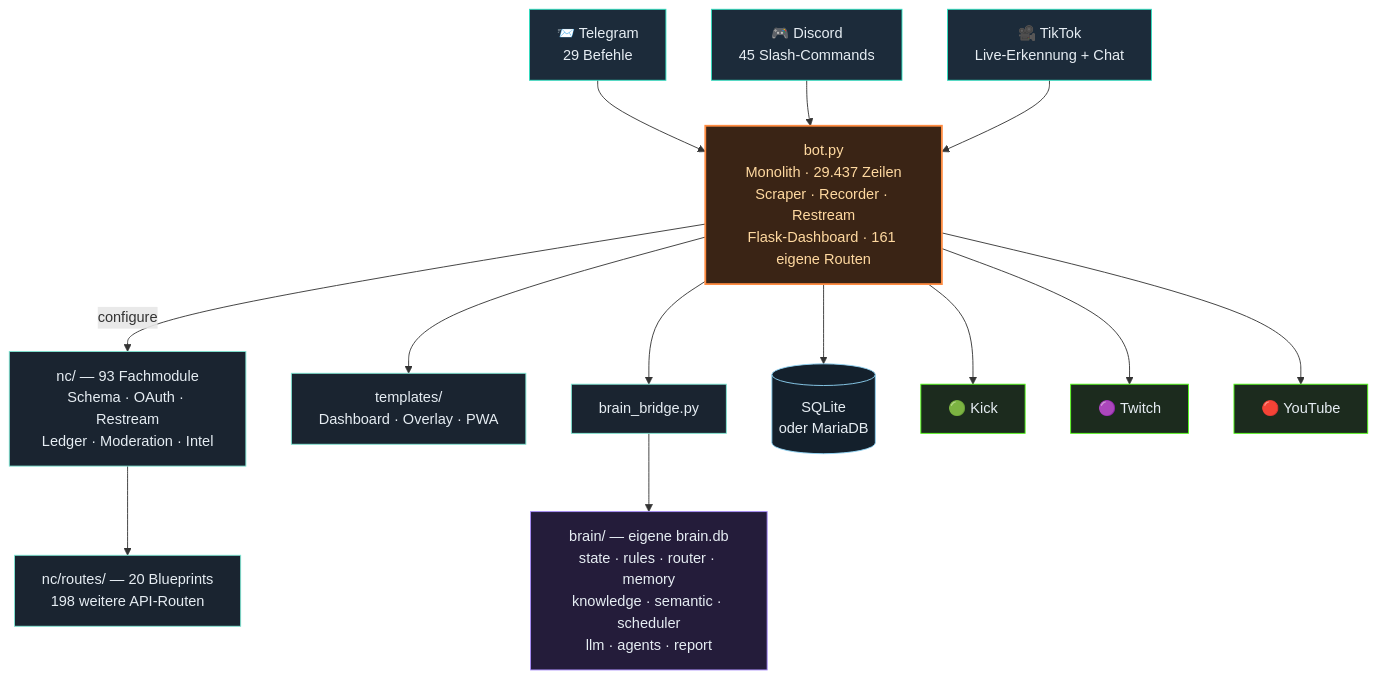
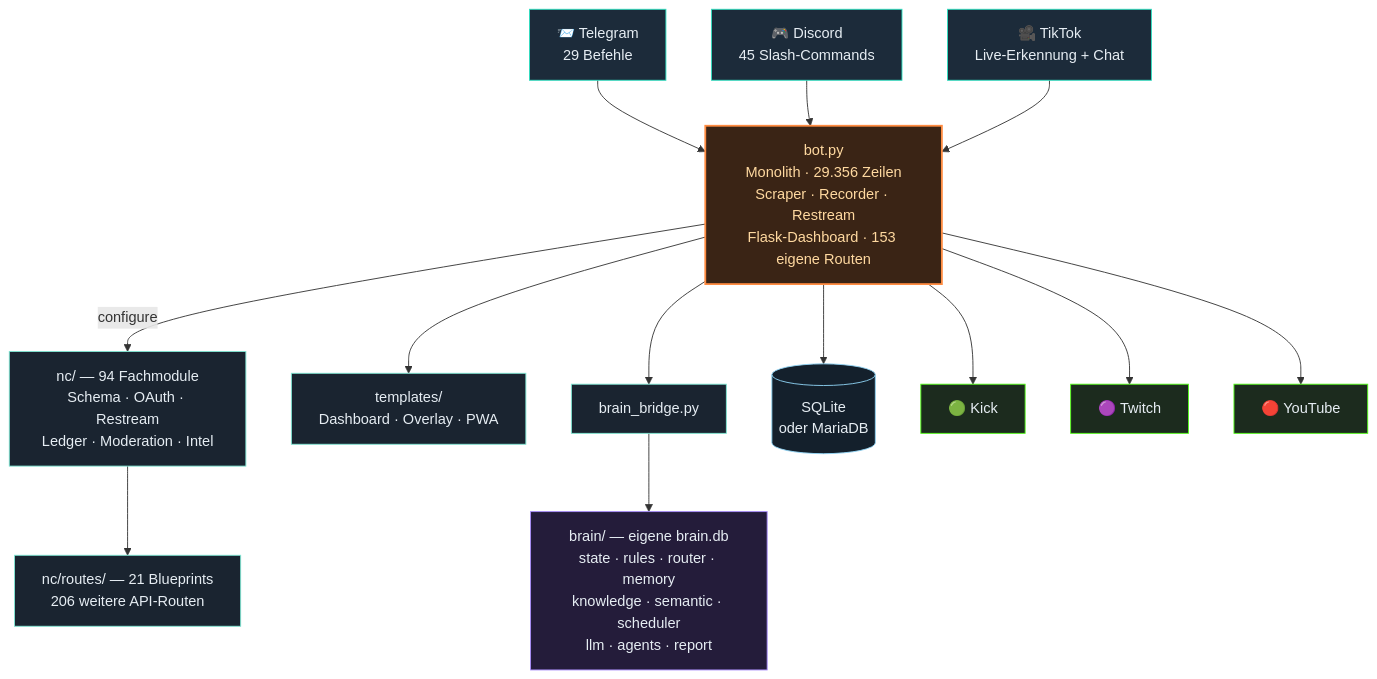
The third of 4 diagrams in README.md (itsamemedev/Telegram-Stream-Info-Bot), drawn with Mermaid before and after one commit. The commit also changed other lines of this file and 23 other files, not shown here.

````diff
--- a/README.md
+++ b/README.md
@@ -189,30 +189,30 @@
 ```mermaid
 flowchart TB
     TG["📨 Telegram<br/>29 Befehle"]:::ein
     DC["🎮 Discord<br/>45 Slash-Commands"]:::ein
     TT["🎥 TikTok<br/>Live-Erkennung + Chat"]:::ein
 
     TG --> BOT
     DC --> BOT
     TT --> BOT
 
-    BOT["bot.py<br/>Monolith · 29.437 Zeilen<br/>Scraper · Recorder · Restream<br/>Flask-Dashboard · 161 eigene Routen"]:::core
+    BOT["bot.py<br/>Monolith · 29.356 Zeilen<br/>Scraper · Recorder · Restream<br/>Flask-Dashboard · 153 eigene Routen"]:::core
 
-    BOT -->|configure| NC["nc/ — 93 Fachmodule<br/>Schema · OAuth · Restream<br/>Ledger · Moderation · Intel"]:::lib
-    NC --> RT["nc/routes/ — 20 Blueprints<br/>198 weitere API-Routen"]:::lib
+    BOT -->|configure| NC["nc/ — 94 Fachmodule<br/>Schema · OAuth · Restream<br/>Ledger · Moderation · Intel"]:::lib
+    NC --> RT["nc/routes/ — 21 Blueprints<br/>206 weitere API-Routen"]:::lib
     BOT --> TPL["templates/<br/>Dashboard · Overlay · PWA"]:::lib
     BOT --> BR["brain_bridge.py"]:::lib
     BR --> BRAIN["brain/ — eigene brain.db<br/>state · rules · router · memory<br/>knowledge · semantic · scheduler<br/>llm · agents · report"]:::brain
     BOT --> DB[("SQLite<br/>oder MariaDB")]:::db
 
     BOT --> KICK["🟢 Kick"]:::out
     BOT --> TW["🟣 Twitch"]:::out
     BOT --> YT["🔴 YouTube"]:::out
 
     classDef ein fill:#1c2b3a,stroke:#2de1c2,color:#e6edf3
     classDef core fill:#3a2415,stroke:#ff8c42,stroke-width:2px,color:#ffd9a0
     classDef lib fill:#1a2430,stroke:#7fe7d4,color:#e6edf3
     classDef brain fill:#241c3a,stroke:#a78bfa,color:#e6edf3
     classDef db fill:#14202c,stroke:#8fd3f4,color:#e6edf3
     classDef out fill:#1c2b1e,stroke:#53fc18,color:#e6edf3
 ```
````
